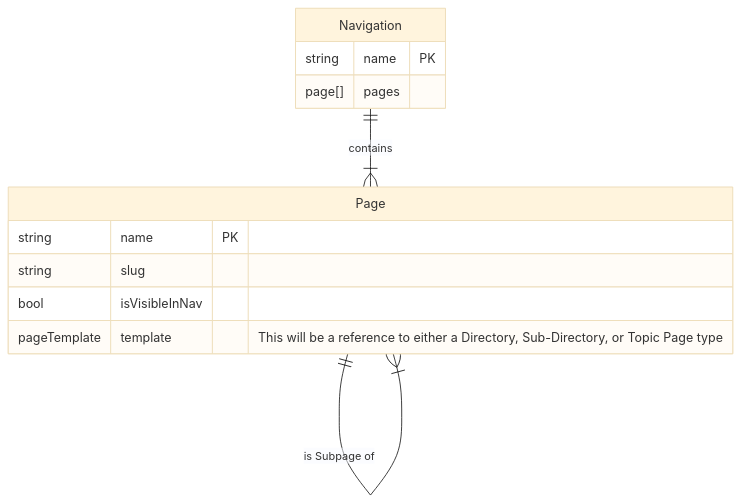
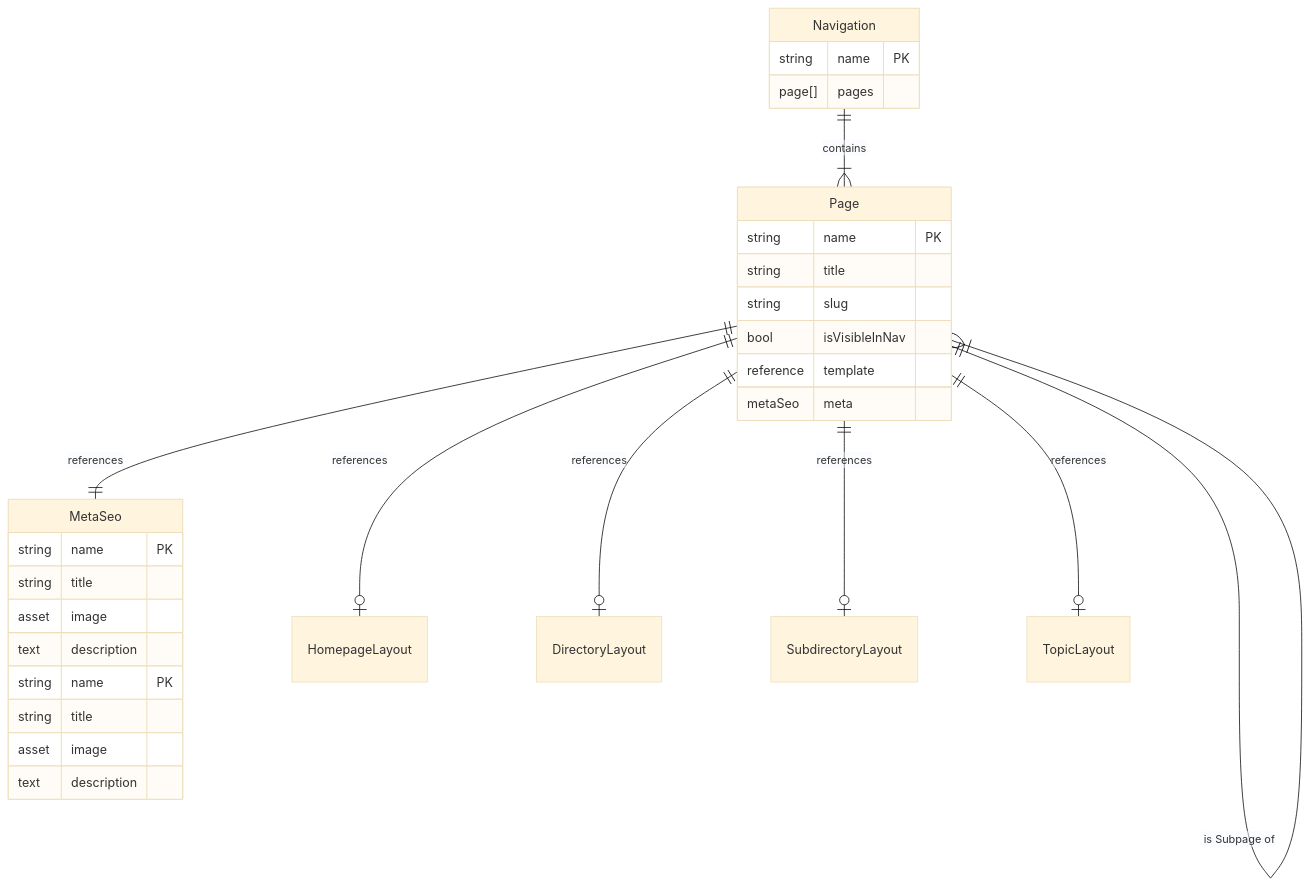
The diagram in src/navigation-erd.md (brendanpowershifter/erd-docs), drawn with Mermaid (base theme) before and after one commit. The commit also changed 15 other files, not shown here.

````diff
--- a/src/navigation-erd.md
+++ b/src/navigation-erd.md
@@ -1,15 +1,39 @@
 ```mermaid
   erDiagram
   Page||--|{Page: "is Subpage of"
   Navigation||--|{Page: contains
+  Page||--||MetaSeo: references
+  Page||--o|HomepageLayout: references
+  Page||--o|DirectoryLayout: references
+  Page||--o|SubdirectoryLayout: references
+  Page||--o|TopicLayout: references
   Navigation {
     string name PK
     page[] pages
   }
   Page {
     string name PK
+    string title
     string slug
     bool isVisibleInNav
-    pageTemplate template "This will be a reference to either a Directory, Sub-Directory, or Topic Page type"
+    reference template
+    metaSeo meta
   }
+  MetaSeo {
+    string name PK
+    string title
+    asset image
+    text description
+  }
+  HomepageLayout
+  DirectoryLayout
+  SubdirectoryLayout
+  TopicLayout
+  MetaSeo {
+    string name PK
+    string title
+    asset image
+    text description
+  }
+
 ```
````
